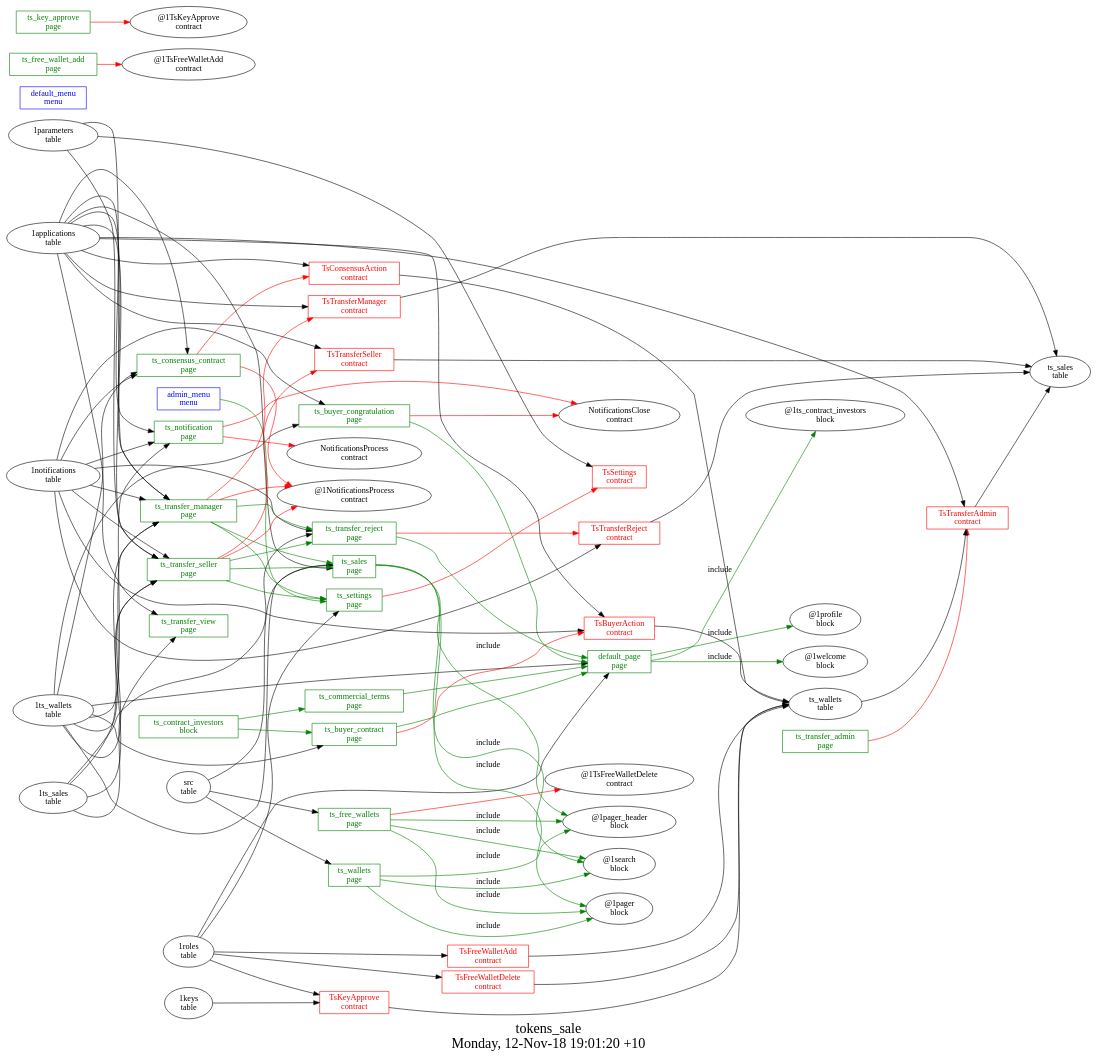
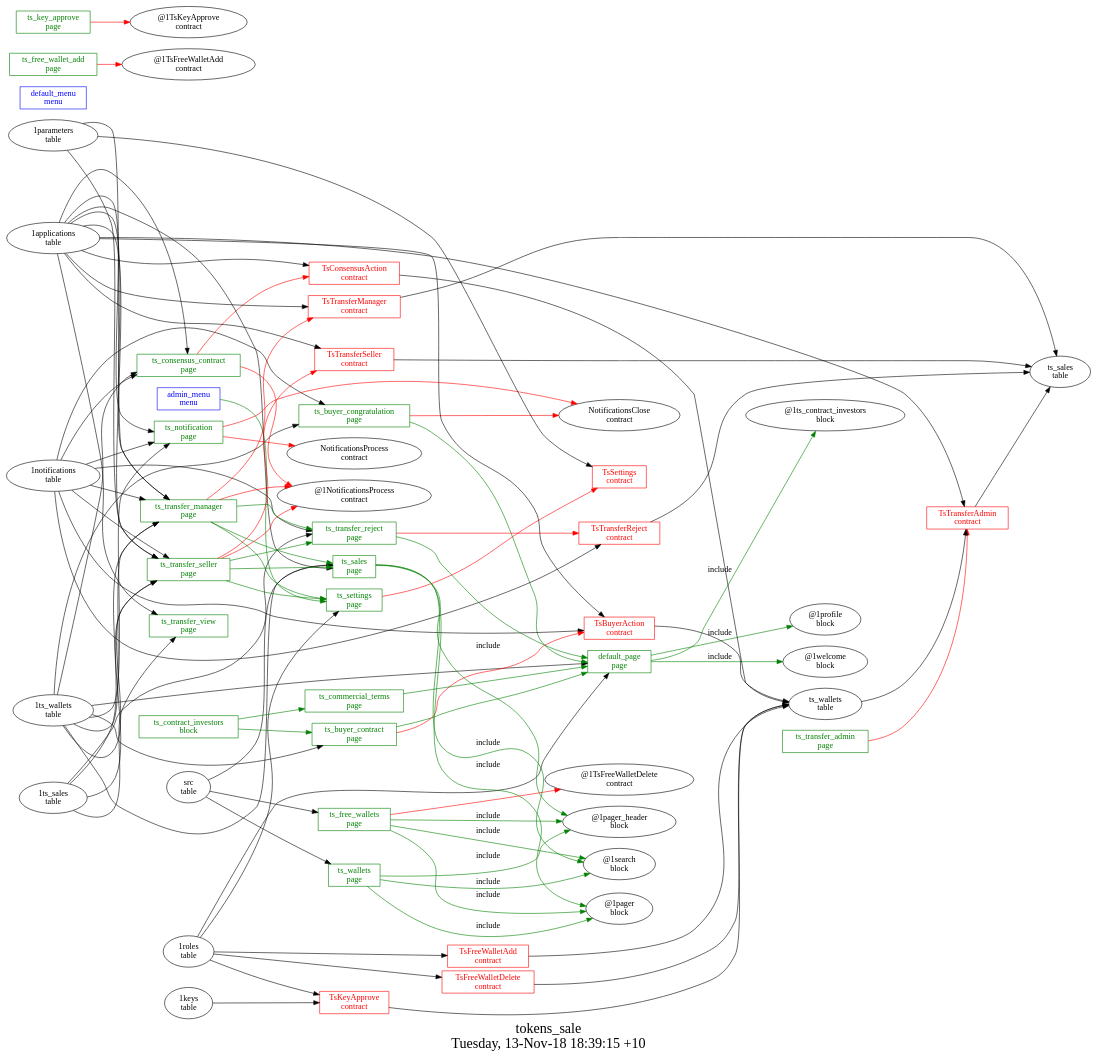
One commit to AplaProject/apps changed the diagram in other/tokens_sale/struct.dot. Above: the diagram before and after it, drawn with Graphviz. The commit also changed 6 other files, not shown here.

```diff
--- a/other/tokens_sale/struct.dot
+++ b/other/tokens_sale/struct.dot
@@ -1,134 +1,134 @@
 digraph G {
 fontsize="24";
-label="tokens_sale\nMonday, 12-Nov-18 19:01:20 +10";
+label="tokens_sale\nTuesday, 13-Nov-18 18:39:15 +10";
 nojustify=true;
 ordering=out;
 rankdir=LR;
 size="30";
 "admin_menu\nmenu" -> "ts_settings\npage"  [ color=green ]
 "admin_menu\nmenu" [color=blue, fontcolor=blue, group=menus, shape=record];
 "default_menu\nmenu" [color=blue, fontcolor=blue, group=menus, shape=record];
 "1ts_wallets\ntable" -> "default_page\npage"
 "1roles\ntable" -> "default_page\npage"
 "default_page\npage" -> "@1ts_contract_investors\nblock"  [ color=green, label=include ]
 "default_page\npage" -> "@1profile\nblock"  [ color=green, label=include ]
 "default_page\npage" -> "@1welcome\nblock"  [ color=green, label=include ]
 "default_page\npage" [color=green, fontcolor=green, group=pages, shape=record];
 "ts_buyer_congratulation\npage" -> "NotificationsClose\ncontract"  [ color=red ]
 "1ts_wallets\ntable" -> "ts_buyer_congratulation\npage"
 "1notifications\ntable" -> "ts_buyer_congratulation\npage"
 "ts_buyer_congratulation\npage" -> "default_page\npage"  [ color=green ]
 "ts_buyer_congratulation\npage" [color=green, fontcolor=green, group=pages, shape=record];
 "ts_buyer_contract\npage" -> "TsBuyerAction\ncontract"  [ color=red ]
 "1ts_wallets\ntable" -> "ts_buyer_contract\npage"
 "ts_buyer_contract\npage" -> "default_page\npage"  [ color=green ]
 "ts_buyer_contract\npage" [color=green, fontcolor=green, group=pages, shape=record];
 "ts_commercial_terms\npage" -> "default_page\npage"  [ color=green ]
 "ts_commercial_terms\npage" [color=green, fontcolor=green, group=pages, shape=record];
 "ts_consensus_contract\npage" -> "TsConsensusAction\ncontract"  [ color=red ]
 "ts_consensus_contract\npage" -> "@1NotificationsProcess\ncontract"  [ color=red ]
 "1applications\ntable" -> "ts_consensus_contract\npage"
 "1notifications\ntable" -> "ts_consensus_contract\npage"
 "1ts_wallets\ntable" -> "ts_consensus_contract\npage"
 "ts_consensus_contract\npage" [color=green, fontcolor=green, group=pages, shape=record];
 "ts_free_wallet_add\npage" -> "@1TsFreeWalletAdd\ncontract"  [ color=red ]
 "ts_free_wallet_add\npage" [color=green, fontcolor=green, group=pages, shape=record];
 "ts_free_wallets\npage" -> "@1TsFreeWalletDelete\ncontract"  [ color=red ]
 "src\ntable" -> "ts_free_wallets\npage"
 "ts_free_wallets\npage" -> "@1pager_header\nblock"  [ color=green, label=include ]
 "ts_free_wallets\npage" -> "@1search\nblock"  [ color=green, label=include ]
 "ts_free_wallets\npage" -> "@1pager\nblock"  [ color=green, label=include ]
 "ts_free_wallets\npage" [color=green, fontcolor=green, group=pages, shape=record];
 "ts_key_approve\npage" -> "@1TsKeyApprove\ncontract"  [ color=red ]
 "ts_key_approve\npage" [color=green, fontcolor=green, group=pages, shape=record];
 "ts_notification\npage" -> "NotificationsClose\ncontract"  [ color=red ]
 "ts_notification\npage" -> "NotificationsProcess\ncontract"  [ color=red ]
 "1applications\ntable" -> "ts_notification\npage"
 "1notifications\ntable" -> "ts_notification\npage"
 "1ts_wallets\ntable" -> "ts_notification\npage"
 "ts_notification\npage" [color=green, fontcolor=green, group=pages, shape=record];
 "1applications\ntable" -> "ts_sales\npage"
 "src\ntable" -> "ts_sales\npage"
 "1ts_wallets\ntable" -> "ts_sales\npage"
 "ts_sales\npage" -> "@1pager_header\nblock"  [ color=green, label=include ]
 "ts_sales\npage" -> "@1search\nblock"  [ color=green, label=include ]
 "ts_sales\npage" -> "@1pager\nblock"  [ color=green, label=include ]
 "ts_sales\npage" [color=green, fontcolor=green, group=pages, shape=record];
 "ts_settings\npage" -> "TsSettings\ncontract"  [ color=red ]
 "1roles\ntable" -> "ts_settings\npage"
 "ts_settings\npage" [color=green, fontcolor=green, group=pages, shape=record];
 "ts_transfer_admin\npage" -> "TsTransferAdmin\ncontract"  [ color=red ]
 "ts_transfer_admin\npage" [color=green, fontcolor=green, group=pages, shape=record];
 "ts_transfer_manager\npage" -> "TsTransferManager\ncontract"  [ color=red ]
 "ts_transfer_manager\npage" -> "@1NotificationsProcess\ncontract"  [ color=red ]
 "1applications\ntable" -> "ts_transfer_manager\npage"
 "1notifications\ntable" -> "ts_transfer_manager\npage"
 "1ts_sales\ntable" -> "ts_transfer_manager\npage"
 "1ts_wallets\ntable" -> "ts_transfer_manager\npage"
 "1parameters\ntable" -> "ts_transfer_manager\npage"
 "ts_transfer_manager\npage" -> "ts_transfer_reject\npage"  [ color=green ]
 "ts_transfer_manager\npage" -> "ts_sales\npage"  [ color=green ]
 "ts_transfer_manager\npage" -> "ts_settings\npage"  [ color=green ]
 "ts_transfer_manager\npage" [color=green, fontcolor=green, group=pages, shape=record];
 "ts_transfer_reject\npage" -> "TsTransferReject\ncontract"  [ color=red ]
 "1notifications\ntable" -> "ts_transfer_reject\npage"
 "1ts_sales\ntable" -> "ts_transfer_reject\npage"
 "ts_transfer_reject\npage" -> "default_page\npage"  [ color=green ]
 "ts_transfer_reject\npage" [color=green, fontcolor=green, group=pages, shape=record];
 "ts_transfer_seller\npage" -> "TsTransferSeller\ncontract"  [ color=red ]
 "ts_transfer_seller\npage" -> "@1NotificationsProcess\ncontract"  [ color=red ]
 "1applications\ntable" -> "ts_transfer_seller\npage"
 "1notifications\ntable" -> "ts_transfer_seller\npage"
 "1ts_sales\ntable" -> "ts_transfer_seller\npage"
 "1ts_wallets\ntable" -> "ts_transfer_seller\npage"
 "1parameters\ntable" -> "ts_transfer_seller\npage"
 "ts_transfer_seller\npage" -> "ts_transfer_reject\npage"  [ color=green ]
 "ts_transfer_seller\npage" -> "ts_sales\npage"  [ color=green ]
 "ts_transfer_seller\npage" -> "ts_settings\npage"  [ color=green ]
 "ts_transfer_seller\npage" [color=green, fontcolor=green, group=pages, shape=record];
 "1applications\ntable" -> "ts_transfer_view\npage"
 "1ts_sales\ntable" -> "ts_transfer_view\npage"
 "ts_transfer_view\npage" [color=green, fontcolor=green, group=pages, shape=record];
 "src\ntable" -> "ts_wallets\npage"
 "ts_wallets\npage" -> "@1pager_header\nblock"  [ color=green, label=include ]
 "ts_wallets\npage" -> "@1search\nblock"  [ color=green, label=include ]
 "ts_wallets\npage" -> "@1pager\nblock"  [ color=green, label=include ]
 "ts_wallets\npage" [color=green, fontcolor=green, group=pages, shape=record];
 "ts_contract_investors\nblock" -> "ts_commercial_terms\npage"  [ color=green ]
 "ts_contract_investors\nblock" -> "ts_buyer_contract\npage"  [ color=green ]
 "ts_contract_investors\nblock" [color=green, fontcolor=green, group=blocks, shape=record];
 "TsBuyerAction\ncontract" -> "ts_wallets\ntable"  [ color="" ]
 "1applications\ntable" -> "TsBuyerAction\ncontract"
 "1notifications\ntable" -> "TsBuyerAction\ncontract"
 "TsBuyerAction\ncontract" [color=red, fontcolor=red, group=contracts, shape=record];
 "TsConsensusAction\ncontract" -> "ts_wallets\ntable"  [ color="" ]
 "1applications\ntable" -> "TsConsensusAction\ncontract"
 "TsConsensusAction\ncontract" [color=red, fontcolor=red, group=contracts, shape=record];
 "TsFreeWalletAdd\ncontract" -> "ts_wallets\ntable"  [ color="" ]
 "1roles\ntable" -> "TsFreeWalletAdd\ncontract"
 "TsFreeWalletAdd\ncontract" [color=red, fontcolor=red, group=contracts, shape=record];
 "TsFreeWalletDelete\ncontract" -> "ts_wallets\ntable"  [ color="" ]
 "1roles\ntable" -> "TsFreeWalletDelete\ncontract"
 "TsFreeWalletDelete\ncontract" [color=red, fontcolor=red, group=contracts, shape=record];
 "TsKeyApprove\ncontract" -> "ts_wallets\ntable"  [ color="" ]
 "1keys\ntable" -> "TsKeyApprove\ncontract"
 "1roles\ntable" -> "TsKeyApprove\ncontract"
 "TsKeyApprove\ncontract" [color=red, fontcolor=red, group=contracts, shape=record];
 "1parameters\ntable" -> "TsSettings\ncontract"
 "TsSettings\ncontract" [color=red, fontcolor=red, group=contracts, shape=record];
 "TsTransferAdmin\ncontract" -> "ts_sales\ntable"  [ color="" ]
 "1applications\ntable" -> "TsTransferAdmin\ncontract"
 "ts_wallets\ntable" -> "TsTransferAdmin\ncontract"
 "TsTransferAdmin\ncontract" [color=red, fontcolor=red, group=contracts, shape=record];
 "TsTransferManager\ncontract" -> "ts_sales\ntable"  [ color="" ]
 "1applications\ntable" -> "TsTransferManager\ncontract"
 "TsTransferManager\ncontract" [color=red, fontcolor=red, group=contracts, shape=record];
 "TsTransferReject\ncontract" -> "ts_sales\ntable"  [ color="" ]
 "1notifications\ntable" -> "TsTransferReject\ncontract"
 "TsTransferReject\ncontract" [color=red, fontcolor=red, group=contracts, shape=record];
 "TsTransferSeller\ncontract" -> "ts_sales\ntable"  [ color="" ]
 "1applications\ntable" -> "TsTransferSeller\ncontract"
 "TsTransferSeller\ncontract" [color=red, fontcolor=red, group=contracts, shape=record];
 "ts_sales\ntable" [color="", fontcolor="", group=tables, shape=""];
 "ts_wallets\ntable" [color="", fontcolor="", group=tables, shape=""];
 }
```
